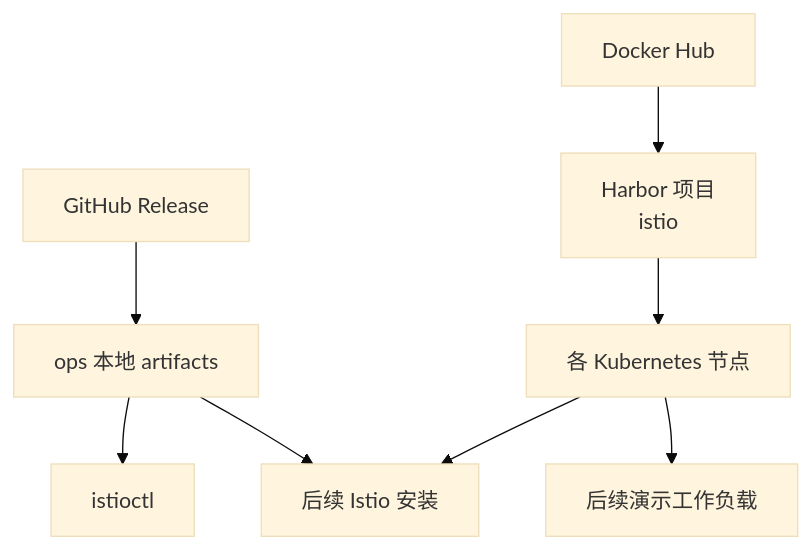
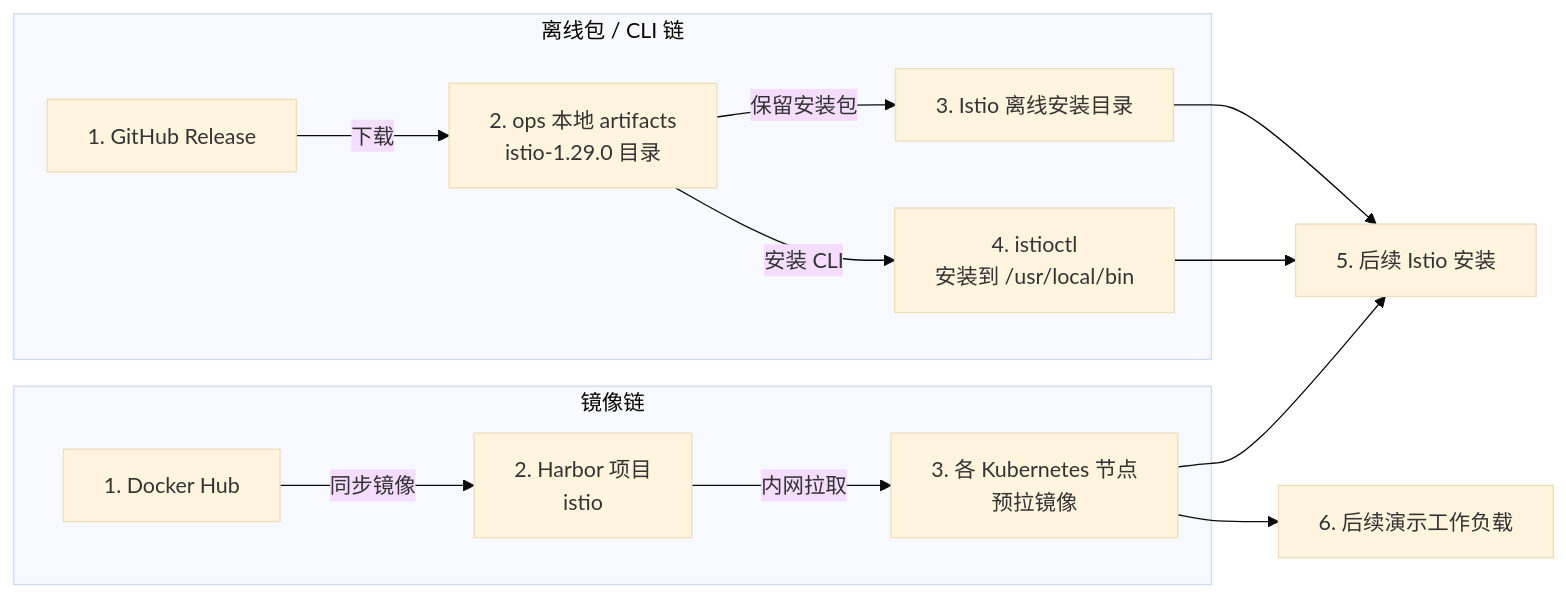
The diagram in k8s/05-security-and-zero-trust/docs/02_prepare_istio_artifacts.md (hwang-protocol/docker_k8s_2026), drawn with Mermaid (base theme) before and after one commit. The commit also changed other lines of this file, not shown here.

````diff
--- a/k8s/05-security-and-zero-trust/docs/02_prepare_istio_artifacts.md
+++ b/k8s/05-security-and-zero-trust/docs/02_prepare_istio_artifacts.md
@@ -60,20 +87,30 @@
 ```mermaid
-flowchart TD
-  github[GitHub Release]
-  dockerhub[Docker Hub]
-  ops[ops 本地 artifacts]
-  cli[istioctl]
-  harbor[Harbor 项目<br/>istio]
-  nodes[各 Kubernetes 节点]
-  install[后续 Istio 安装]
-  demo[后续演示工作负载]
+flowchart LR
+  subgraph cli[离线包 / CLI 链]
+    github[1. GitHub Release]
+    ops[2. ops 本地 artifacts<br/>istio-1.29.0 目录]
+    bundle[3. Istio 离线安装目录]
+    cliTool[4. istioctl<br/>安装到 /usr/local/bin]
 
-  github --> ops
-  ops --> cli
-  ops --> install
+    github -->|下载| ops
+    ops -->|保留安装包| bundle
+    ops -->|安装 CLI| cliTool
+  end
 
-  dockerhub --> harbor
-  harbor --> nodes
+  subgraph image[镜像链]
+    dockerhub[1. Docker Hub]
+    harbor[2. Harbor 项目<br/>istio]
+    nodes[3. 各 Kubernetes 节点<br/>预拉镜像]
+
+    dockerhub -->|同步镜像| harbor
+    harbor -->|内网拉取| nodes
+  end
+
+  install[5. 后续 Istio 安装]
+  demo[6. 后续演示工作负载]
+
+  bundle --> install
+  cliTool --> install
   nodes --> install
   nodes --> demo
 ```
````
